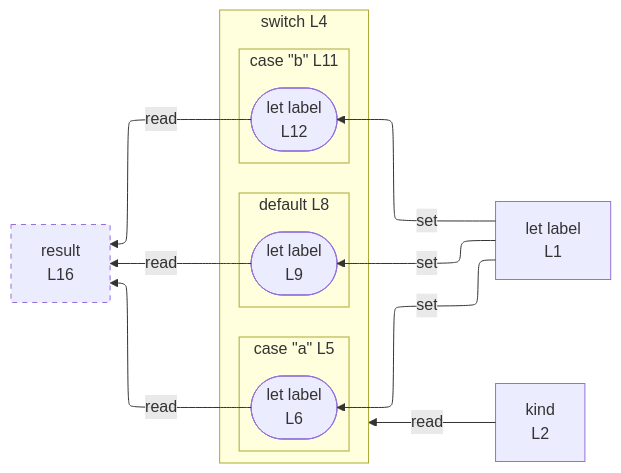
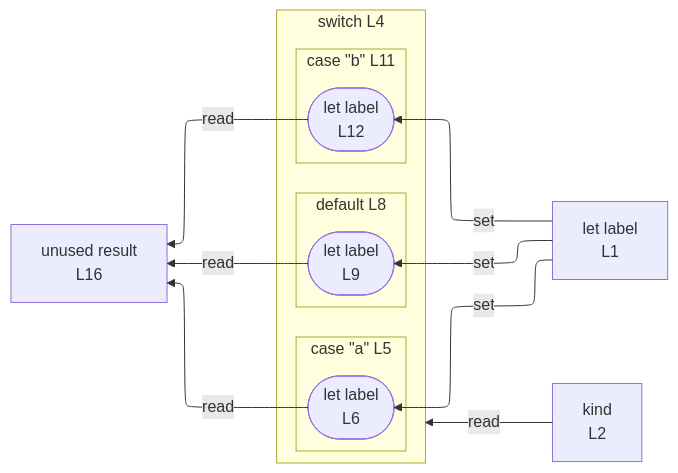
The diagram in integration/fixtures/control-switch-default-middle/preview.md (crescware/unsnarl), drawn with Mermaid before and after one commit. The commit also changed 75 other files, not shown here.

````diff
--- a/integration/fixtures/control-switch-default-middle/preview.md
+++ b/integration/fixtures/control-switch-default-middle/preview.md
@@ -26,31 +26,29 @@
 ```mermaid
 %%{init: {"flowchart": {"defaultRenderer": "elk"}}}%%
 flowchart RL
   n_scope_0_label_4["let label<br/>L1"]
   n_scope_0_kind_22["kind<br/>L2"]
-  n_scope_0_result_190["result<br/>L16"]
+  n_scope_0_result_190["unused result<br/>L16"]
   subgraph s_scope_1["switch L4"]
     direction RL
     subgraph s_scope_2["case &quot;a&quot; L5"]
       direction RL
       wr_ref_1(["let label<br/>L6"])
     end
     subgraph s_scope_3["default L8"]
       direction RL
       wr_ref_2(["let label<br/>L9"])
     end
     subgraph s_scope_4["case &quot;b&quot; L11"]
       direction RL
       wr_ref_3(["let label<br/>L12"])
     end
   end
   n_scope_0_label_4 -->|set| wr_ref_1
   n_scope_0_label_4 -->|set| wr_ref_2
   n_scope_0_label_4 -->|set| wr_ref_3
   n_scope_0_kind_22 -->|read| s_scope_1
   wr_ref_1 -->|read| n_scope_0_result_190
   wr_ref_2 -->|read| n_scope_0_result_190
   wr_ref_3 -->|read| n_scope_0_result_190
-  classDef unused stroke-dasharray: 5 5;
-  class n_scope_0_result_190 unused;
 ```
````
